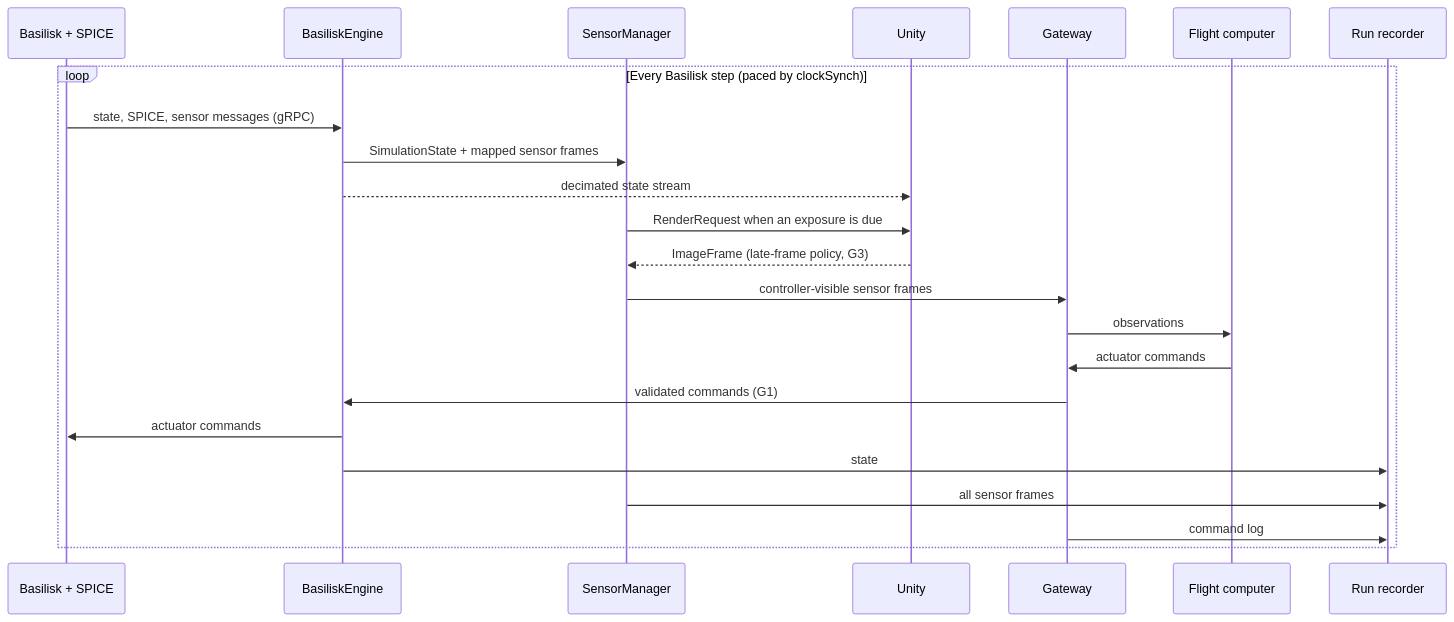
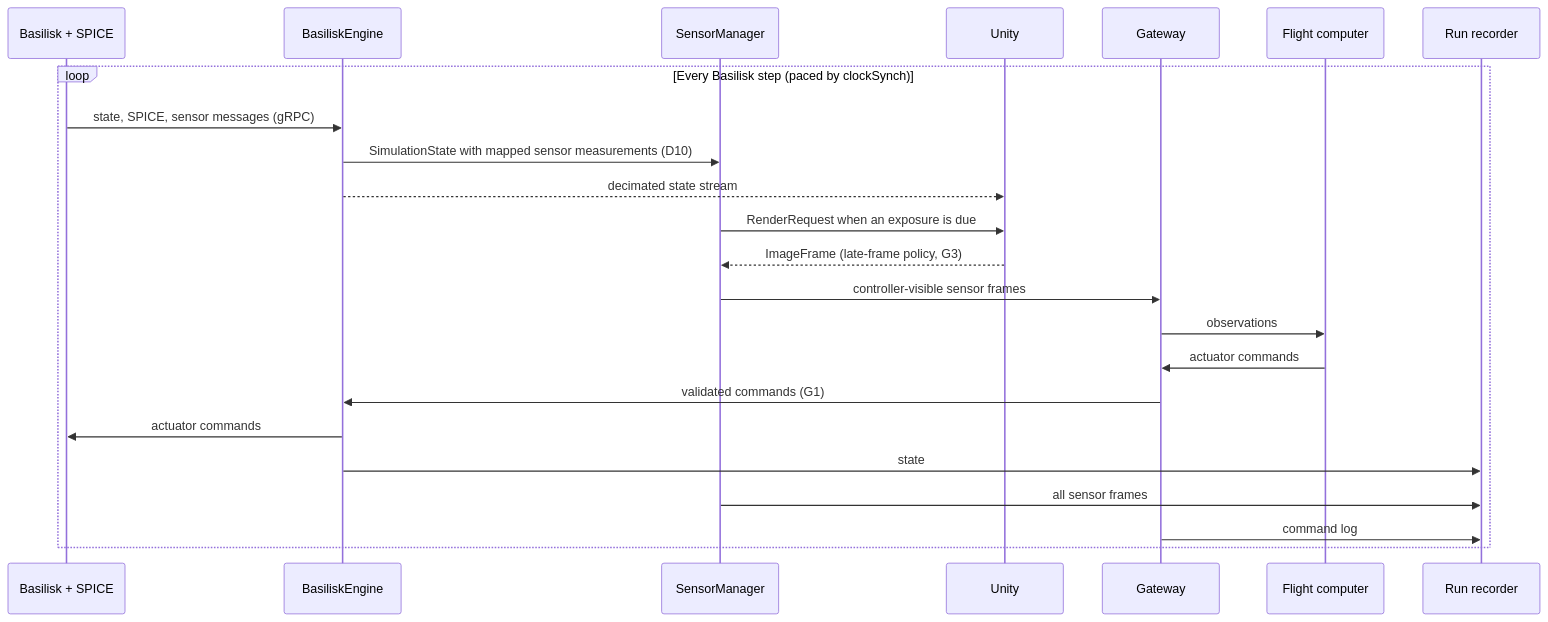
One commit to cmu-argus-2/argus_simulation changed the second of 2 diagrams in docs/target-architecture.md. Above: the diagram before and after it, drawn with Mermaid. The commit also changed other lines of this file and 9 other files, not shown here.

````diff
--- a/docs/target-architecture.md
+++ b/docs/target-architecture.md
@@ -134,26 +135,26 @@
 ```mermaid
 sequenceDiagram
     participant B as Basilisk + SPICE
     participant E as BasiliskEngine
     participant S as SensorManager
     participant U as Unity
     participant G as Gateway
     participant F as Flight computer
     participant R as Run recorder
 
     loop Every Basilisk step (paced by clockSynch)
         B->>E: state, SPICE, sensor messages (gRPC)
-        E->>S: SimulationState + mapped sensor frames
+        E->>S: SimulationState with mapped sensor measurements (D10)
         E-->>U: decimated state stream
         S->>U: RenderRequest when an exposure is due
         U-->>S: ImageFrame (late-frame policy, G3)
         S->>G: controller-visible sensor frames
         G->>F: observations
         F->>G: actuator commands
         G->>E: validated commands (G1)
         E->>B: actuator commands
         E->>R: state
         S->>R: all sensor frames
         G->>R: command log
     end
 ```
````
